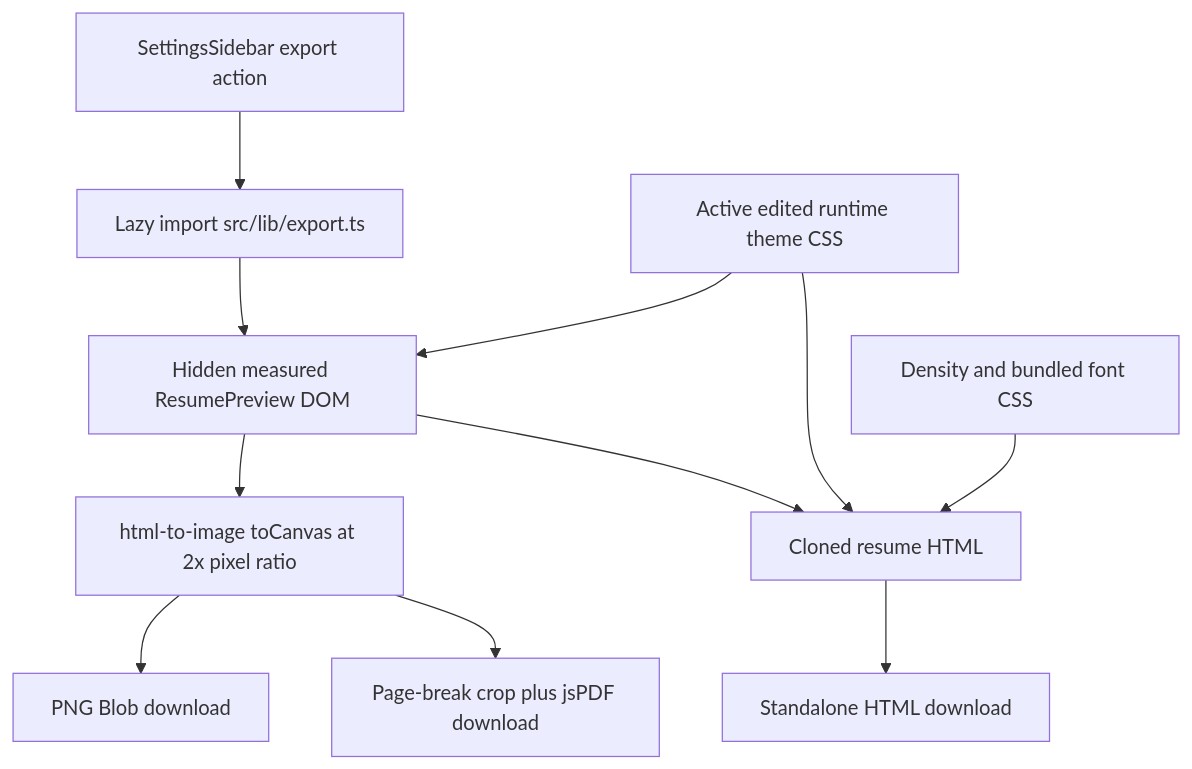
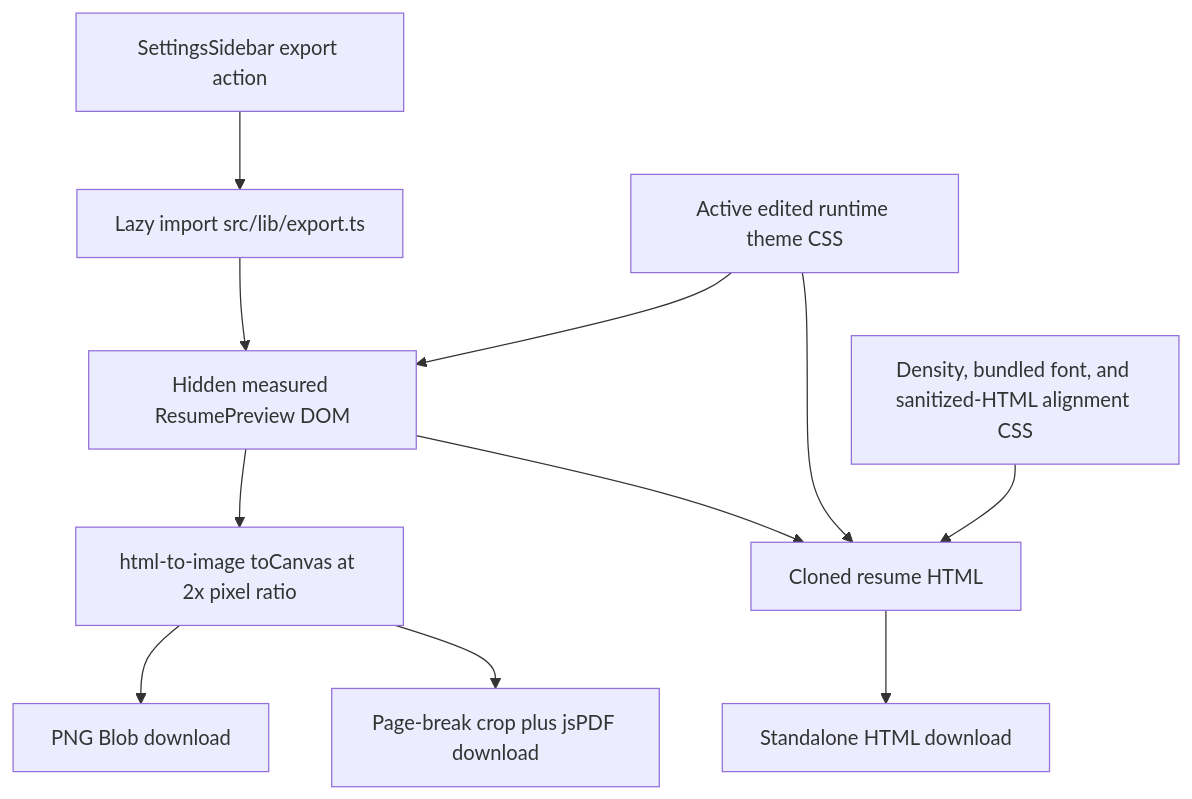
The sixth of 7 diagrams in docs/knowledge-graph.md (jarvanstack/markdown-to-resume), drawn with Mermaid before and after one commit. The commit also changed other lines of this file and 8 other files, not shown here.

Commit message:
Complete GitHub-style HTML alignment

````diff
--- a/docs/knowledge-graph.md
+++ b/docs/knowledge-graph.md
@@ -179,13 +188,13 @@
 ```mermaid
 flowchart TD
     Action["SettingsSidebar export action"] --> Lazy["Lazy import src/lib/export.ts"]
     Lazy --> Canonical["Hidden measured ResumePreview DOM"]
     Canonical --> Canvas["html-to-image toCanvas at 2x pixel ratio"]
     Canvas --> PNG["PNG Blob download"]
     Canvas --> PDF["Page-break crop plus jsPDF download"]
     Canonical --> HTML["Cloned resume HTML"]
     Theme["Active edited runtime theme CSS"] --> HTML
     Theme --> Canonical
-    Shared["Density and bundled font CSS"] --> HTML
+    Shared["Density, bundled font, and sanitized-HTML alignment CSS"] --> HTML
     HTML --> HtmlDownload["Standalone HTML download"]
 ```
````
